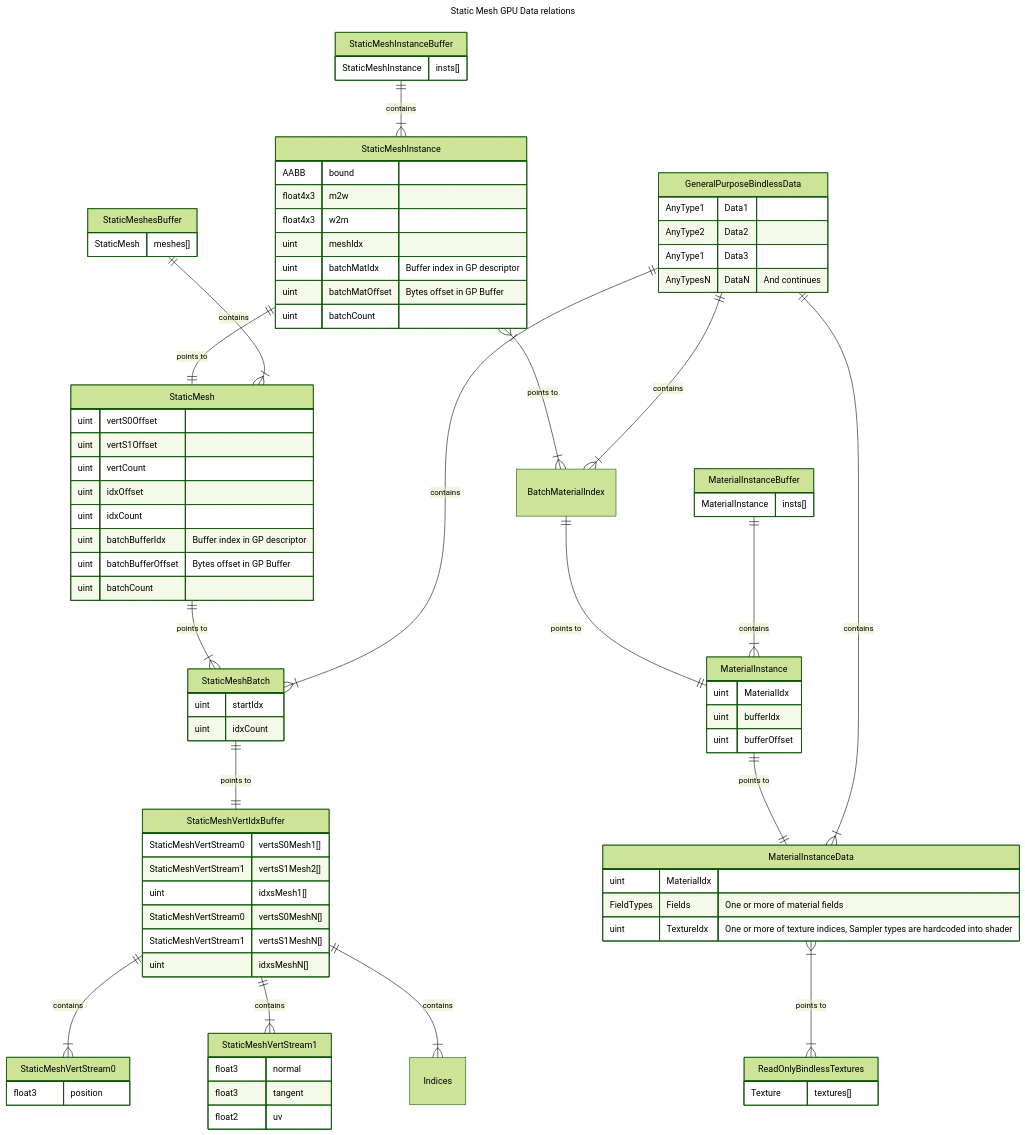
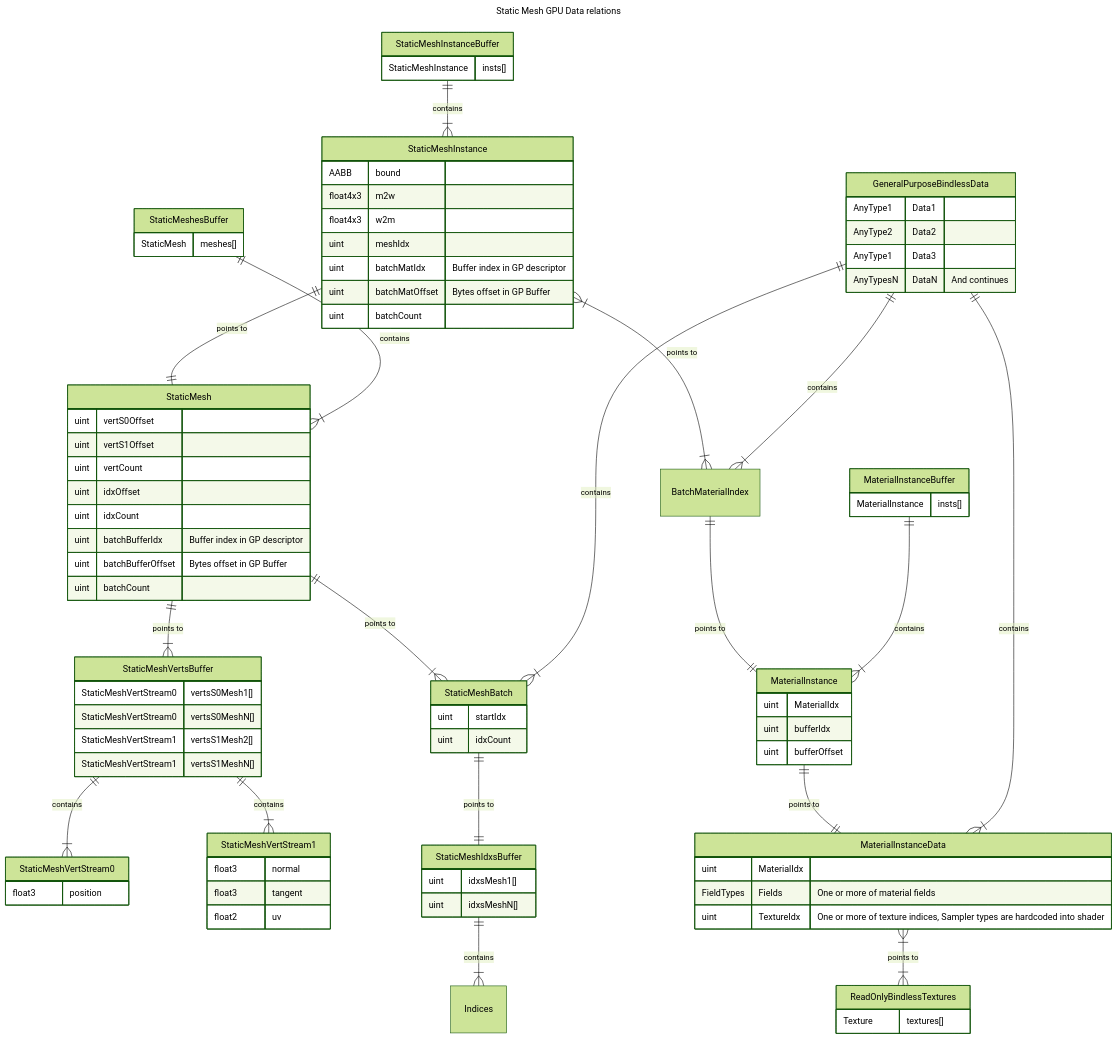
One commit to jeslaspravin/jeslaspravin.github.io changed the diagram in _posts/CranberryEngine/2024-09-07-Cranberry-Renderer.md. Above: the diagram before and after it, drawn with Mermaid (forest theme). The commit also changed 1 other file, not shown here.

Commit message:
Change renderer static mesh data relations

```diff
--- a/_posts/CranberryEngine/2024-09-07-Cranberry-Renderer.md
+++ b/_posts/CranberryEngine/2024-09-07-Cranberry-Renderer.md
@@ -20,19 +20,20 @@
 title: Static Mesh GPU Data relations
 ---
 erDiagram
-    SmVertIdxBuf ||--|{ SmVertS0 : "contains"
-    SmVertIdxBuf ||--|{ SmVertS1 : "contains"
-    SmVertIdxBuf ||--|{ Indices : "contains"
+    SmVertsBuf ||--|{ SmVertS0 : "contains"
+    SmVertsBuf ||--|{ SmVertS1 : "contains"
+    SmIdxsBuf ||--|{ Indices : "contains"
     GpBindlessData ||--|{ MID : "contains"
     GpBindlessData ||--|{ SmBatch : "contains"
     GpBindlessData ||--|{ BatchMaterialIndex : "contains"
     SmBuf ||--|{ Sm : "contains"
     SmInstBuf ||--|{ SmInst : "contains"
     MIBuf || -- |{ MI : "contains"
-    SmBatch || -- || SmVertIdxBuf : "points to"
+    SmBatch || -- || SmIdxsBuf : "points to"
     MI || -- || MID : "points to"
     BatchMaterialIndex || -- || MI : "points to"
     Sm || -- |{ SmBatch : "points to"
+    Sm || -- |{ SmVertsBuf : "points to"
     SmInst || -- || Sm : "points to"
     SmInst }| -- |{ BatchMaterialIndex : "points to"
     MID }| -- |{ RoTextures : "points to"
@@ -73,7 +74,7 @@
         AABB bound
         float4x3 m2w
         float4x3 w2m
-        uint meshIdx        
+        uint meshIdx
         uint batchMatIdx "Buffer index in GP descriptor"
         uint batchMatOffset "Bytes offset in GP Buffer"
         uint batchCount
@@ -87,13 +88,15 @@
         float2 uv
     }
     %% Buffers
-    SmVertIdxBuf[StaticMeshVertIdxBuffer]{
+    SmIdxsBuf[StaticMeshIdxsBuffer]{
+        uint idxsMesh1[]
+        uint idxsMeshN[]
+    }
+    SmVertsBuf[StaticMeshVertsBuffer]{
         StaticMeshVertStream0 vertsS0Mesh1[]
+        StaticMeshVertStream0 vertsS0MeshN[]
         StaticMeshVertStream1 vertsS1Mesh2[]
-        uint idxsMesh1[]
-        StaticMeshVertStream0 vertsS0MeshN[]
         StaticMeshVertStream1 vertsS1MeshN[]
-        uint idxsMeshN[]
     }
     SmBuf[StaticMeshesBuffer]{
         StaticMesh meshes[]
```
